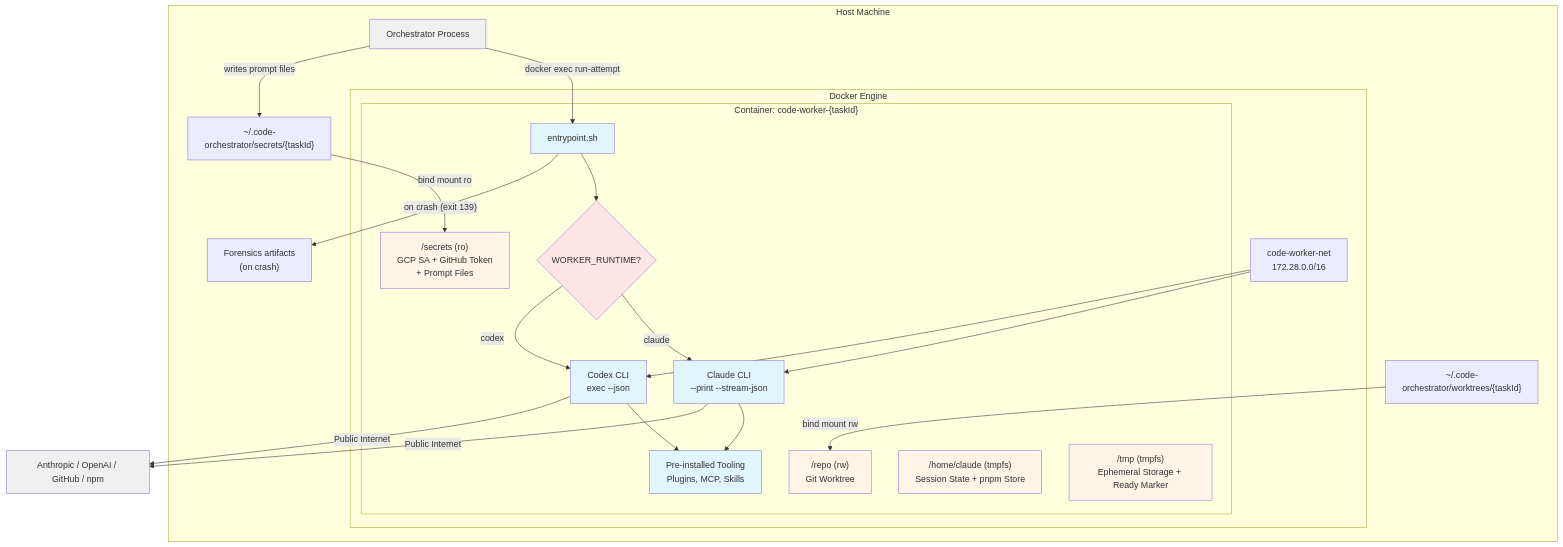
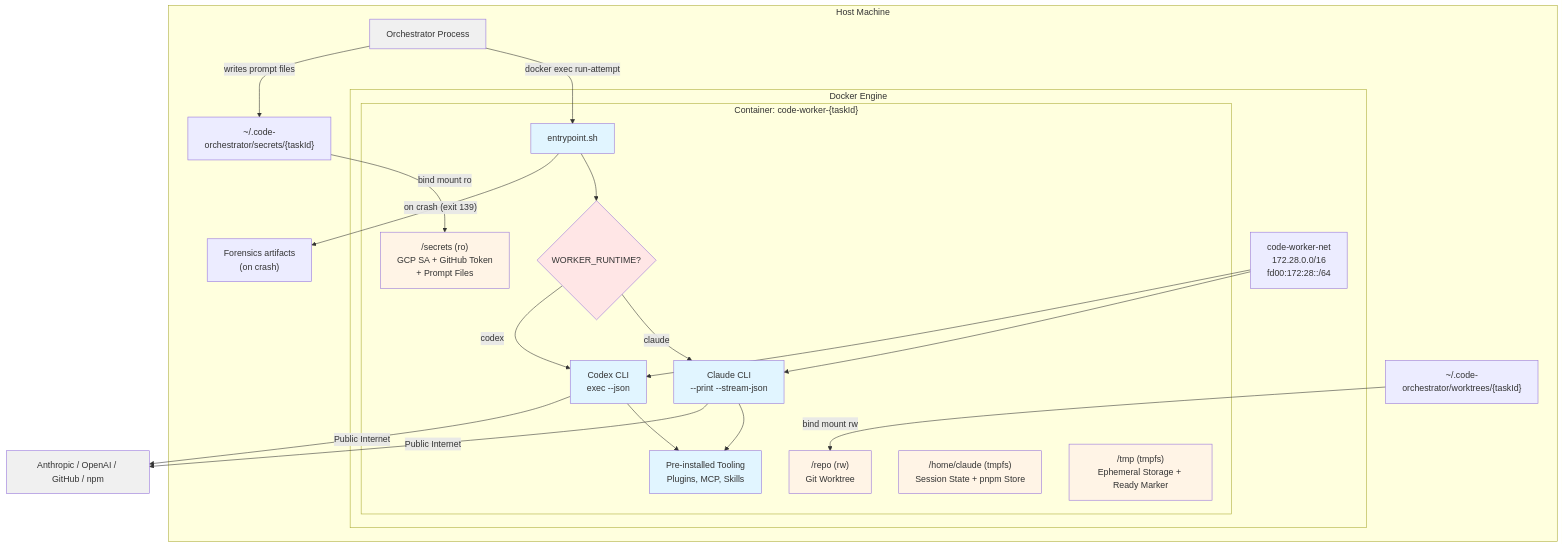
Before and after one commit to pbuchman/intexuraos: the first of 2 diagrams in docs/services/code-worker/technical.md, drawn with Mermaid. The commit also changed other lines of this file and 14 other files, not shown here.

Commit message:
fix(code-worker): support private SentryBox IPv6

````diff
--- a/docs/services/code-worker/technical.md
+++ b/docs/services/code-worker/technical.md
@@ -9,52 +9,52 @@
 ```mermaid
 graph TB
     subgraph "Host Machine"
         Orchestrator[Orchestrator Process]
 
         subgraph "Docker Engine"
-            Network[code-worker-net<br/>172.28.0.0/16]
+            Network[code-worker-net<br/>172.28.0.0/16<br/>fd00:172:28::/64]
 
             subgraph "Container: code-worker-{taskId}"
                 Entrypoint[entrypoint.sh]
                 RuntimeSwitch{"WORKER_RUNTIME?"}
                 ClaudeRuntime[Claude CLI<br/>--print --stream-json]
                 CodexRuntime[Codex CLI<br/>exec --json]
                 Tooling[Pre-installed Tooling<br/>Plugins, MCP, Skills]
                 Repo["/repo (rw)<br/>Git Worktree"]
                 Secrets["/secrets (ro)<br/>GCP SA + GitHub Token<br/>+ Prompt Files"]
                 Home["/home/claude (tmpfs)<br/>Session State + pnpm Store"]
                 Tmp["/tmp (tmpfs)<br/>Ephemeral Storage + Ready Marker"]
             end
         end
 
         Worktrees["~/.code-orchestrator/worktrees/{taskId}"]
         SecretsDir["~/.code-orchestrator/secrets/{taskId}"]
         ForensicsDir["Forensics artifacts<br/>(on crash)"]
     end
 
     Orchestrator -->|"docker exec run-attempt"| Entrypoint
     Orchestrator -->|writes prompt files| SecretsDir
     Worktrees -->|"bind mount rw"| Repo
     SecretsDir -->|"bind mount ro"| Secrets
     Network --> ClaudeRuntime
     Network --> CodexRuntime
     Entrypoint --> RuntimeSwitch
     RuntimeSwitch -->|claude| ClaudeRuntime
     RuntimeSwitch -->|codex| CodexRuntime
     ClaudeRuntime --> Tooling
     CodexRuntime --> Tooling
 
     ClaudeRuntime -->|"Public Internet"| APIs[Anthropic / OpenAI / GitHub / npm]
     CodexRuntime -->|"Public Internet"| APIs
     Entrypoint -->|"on crash (exit 139)"| ForensicsDir
 
     classDef service fill:#e1f5ff
     classDef storage fill:#fff4e6
     classDef external fill:#f0f0f0
     classDef decision fill:#ffe6e6
 
     class Entrypoint,ClaudeRuntime,CodexRuntime,Tooling service
     class Repo,Secrets,Home,Tmp storage
     class APIs,Orchestrator external
     class RuntimeSwitch decision
 ```
````
